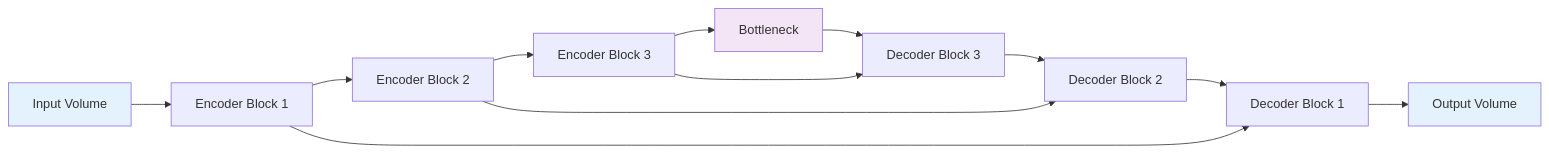
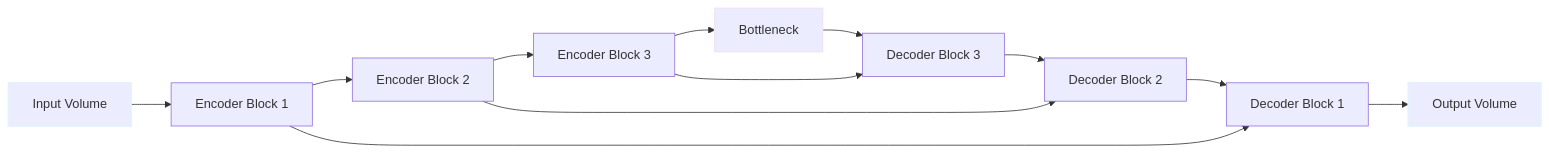
The second of 2 diagrams in 스터디/IS_03_segmentation_types.md (c0z0c/sprint_mission), drawn with Mermaid before and after one commit. The commit also changed other lines of this file and 14 other files, not shown here.

````diff
--- a/스터디/IS_03_segmentation_types.md
+++ b/스터디/IS_03_segmentation_types.md
@@ -489,19 +489,19 @@
 ```mermaid
 graph LR
     A["Input Volume"] --> B["Encoder Block 1"]
     B --> C["Encoder Block 2"]
     C --> D["Encoder Block 3"]
     D --> E["Bottleneck"]
     E --> F["Decoder Block 3"]
     F --> G["Decoder Block 2"]
     G --> H["Decoder Block 1"]
     H --> I["Output Volume"]
     
     D --> F
     C --> G
     B --> H
     
-    style A fill:#e3f2fd
-    style I fill:#e3f2fd
-    style E fill:#f3e5f5
+    style A stroke-width:2px,stroke:#e3f2fd
+    style I stroke-width:2px,stroke:#e3f2fd
+    style E stroke-width:2px,stroke:#f3e5f5
 ```
````
